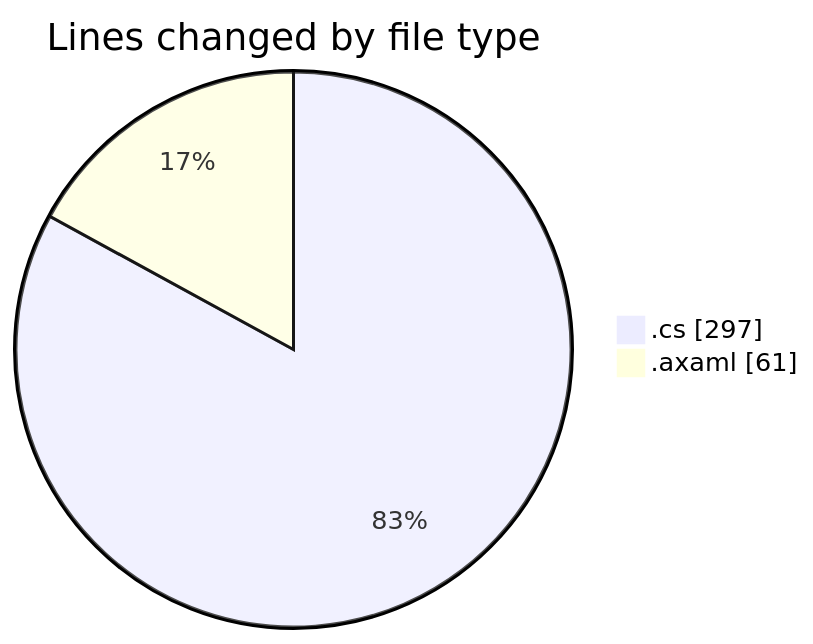
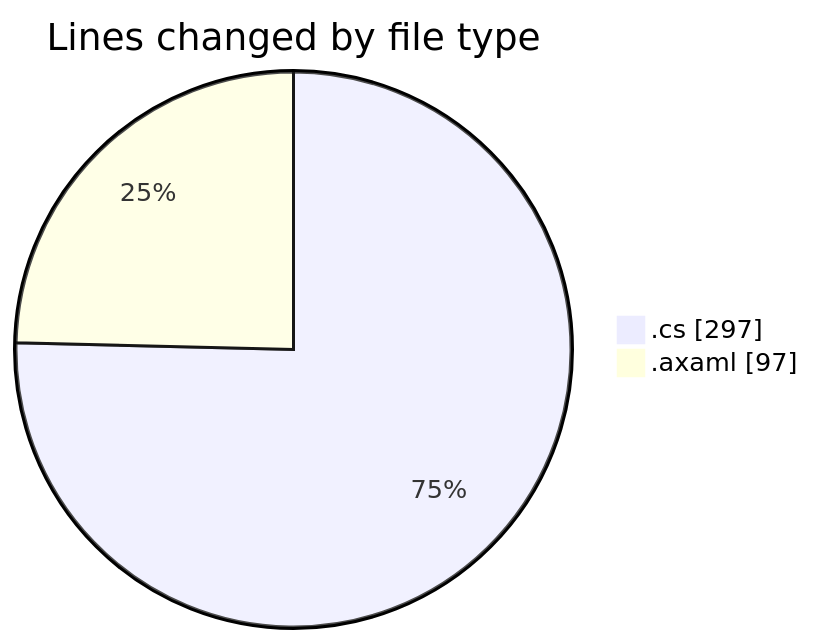
Before and after one commit to Netris89/code-tracking: the first of 2 diagrams in 2025-10-26/skintrack/README.md, drawn with Mermaid. The commit also changed other lines of this file and 1 other file, not shown here.

````diff
--- a/2025-10-26/skintrack/README.md
+++ b/2025-10-26/skintrack/README.md
@@ -27,6 +28,6 @@
 ```mermaid
 pie showData
 title Lines changed by file type
 ".cs" : 297
-".axaml" : 61
+".axaml" : 97
 ```
````
